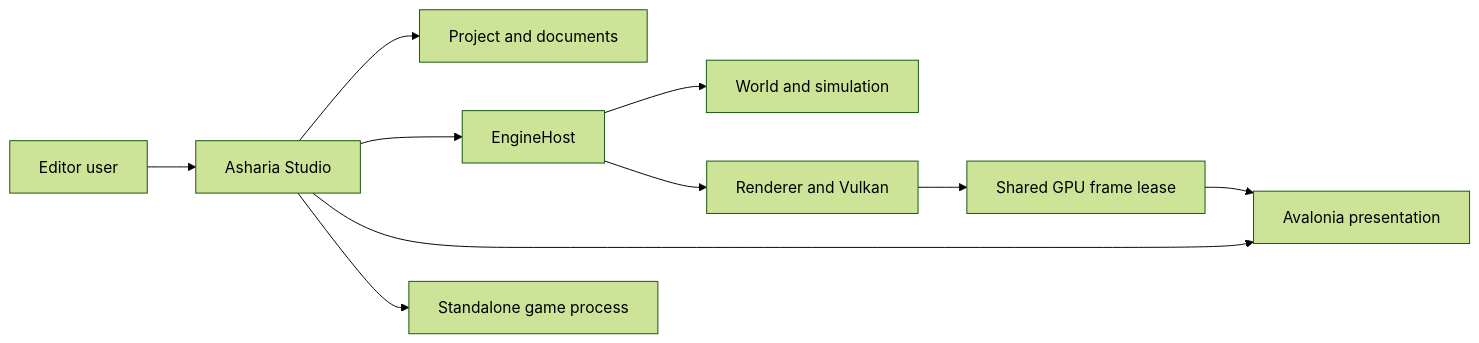
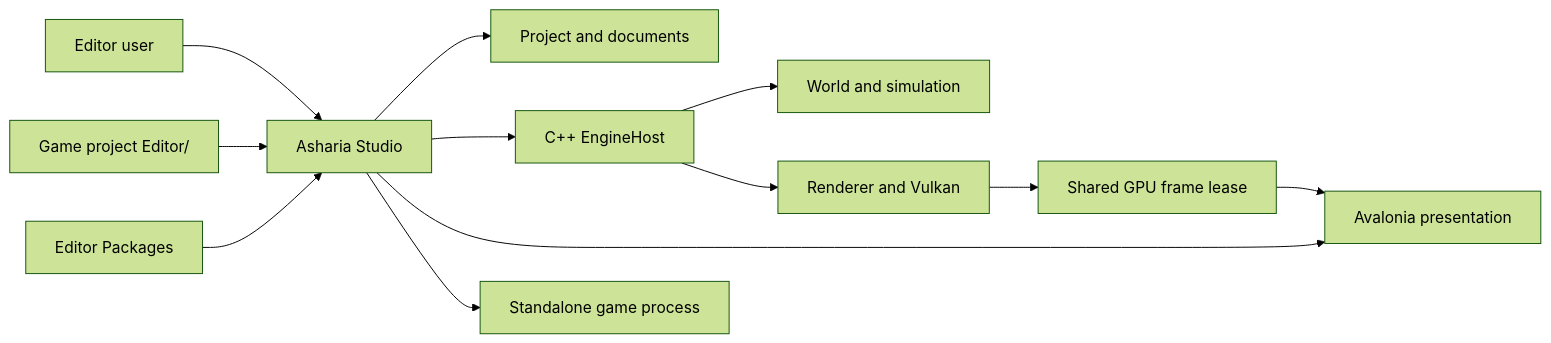
Before and after one commit to 66six11/Engine: the first of 2 diagrams in apps/studio/docs/architecture/studio-overview.md, drawn with Mermaid (forest theme). The commit also changed other lines of this file and 19 other files, not shown here.

Commit message:
docs: redesign studio editor extension framework

````diff
--- a/apps/studio/docs/architecture/studio-overview.md
+++ b/apps/studio/docs/architecture/studio-overview.md
@@ -66,12 +77,14 @@
 ```mermaid
 flowchart LR
     User["Editor user"] --> Studio["Asharia Studio"]
-    Studio --> Project["Project and documents"]
-    Studio --> Engine["EngineHost"]
+    Project["Game project Editor/"] --> Studio
+    Packages["Editor Packages"] --> Studio
+    Studio --> Documents["Project and documents"]
+    Studio --> Engine["C++ EngineHost"]
     Engine --> Runtime["World and simulation"]
     Engine --> Renderer["Renderer and Vulkan"]
     Studio --> Avalonia["Avalonia presentation"]
     Renderer --> Interop["Shared GPU frame lease"]
     Interop --> Avalonia
     Studio --> Standalone["Standalone game process"]
 ```
````
